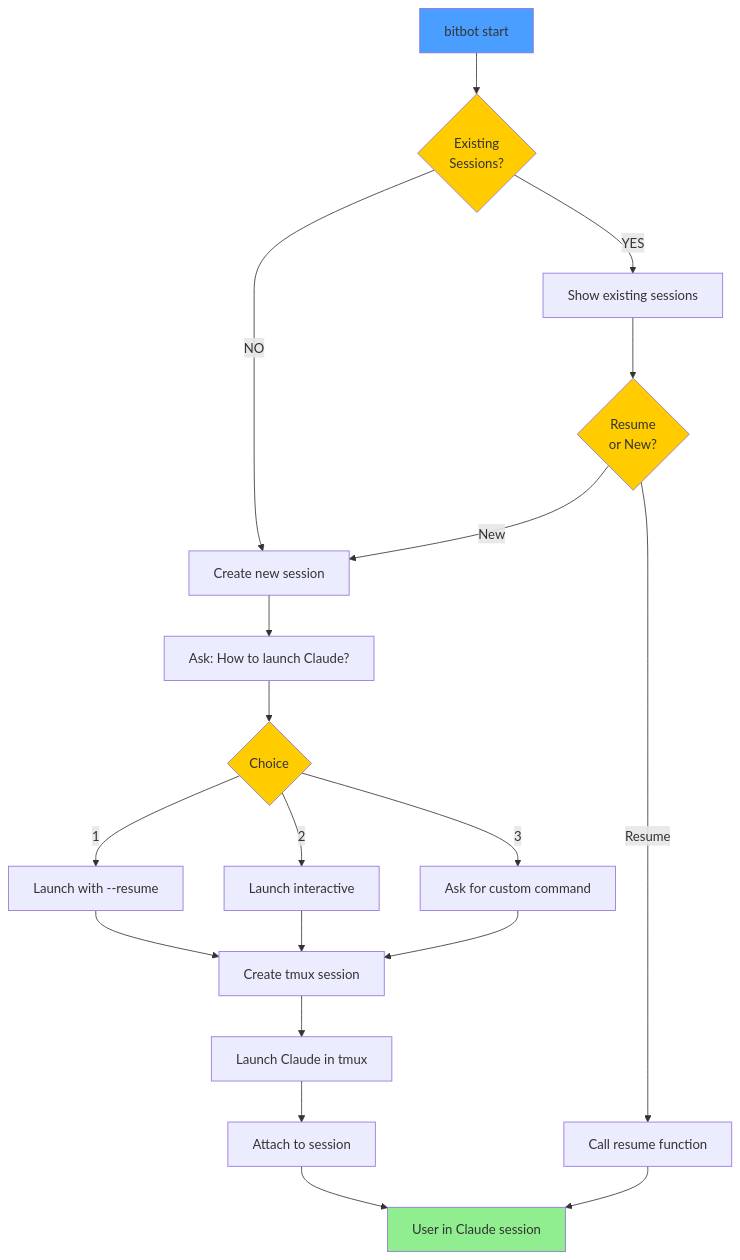
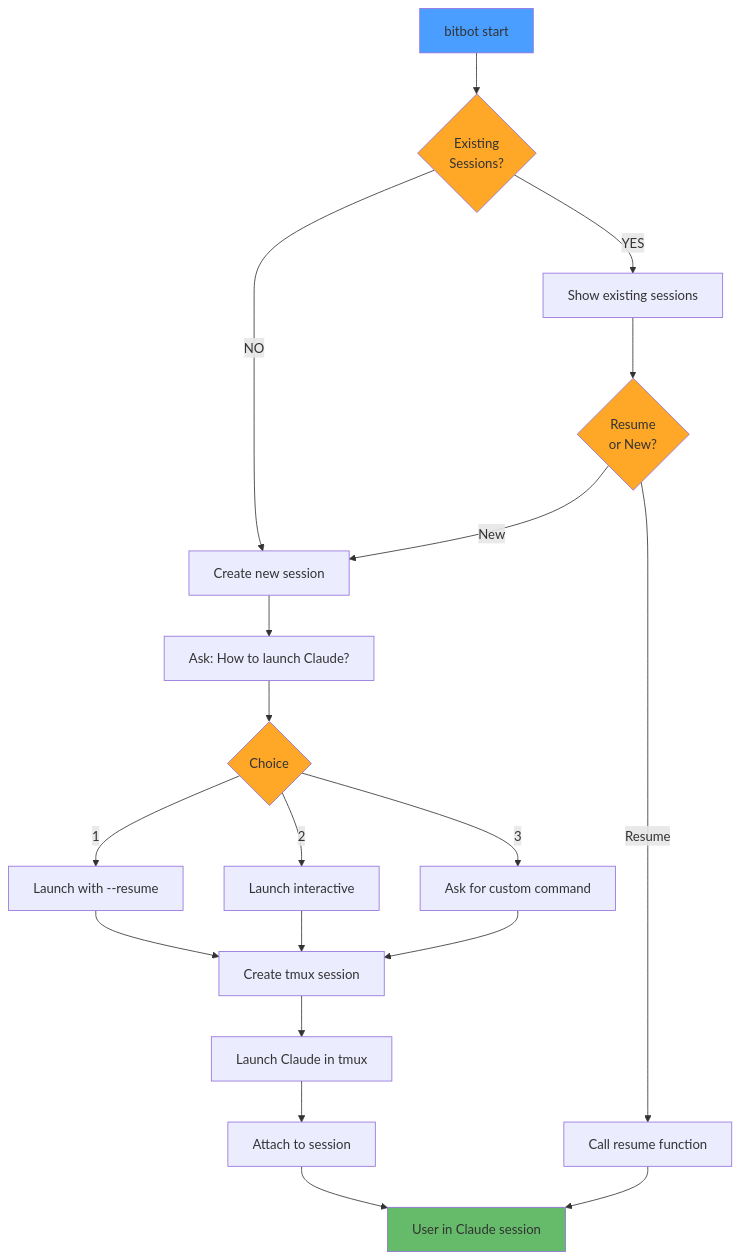
One commit to ManuelKugelmann/BitBot changed the second of 5 diagrams in sparc/2-pseudocode/FLOW_INNER_BITBOT.md. Above: the diagram before and after it, drawn with Mermaid. The commit also changed other lines of this file, not shown here.

First line of the commit message:
Update colors in FLOW_INNER_BITBOT pseudocode diagrams

````diff
--- a/sparc/2-pseudocode/FLOW_INNER_BITBOT.md
+++ b/sparc/2-pseudocode/FLOW_INNER_BITBOT.md
@@ -57,35 +57,35 @@
 ```mermaid
 flowchart TD
     Cmd[bitbot start] --> Check{Existing<br/>Sessions?}
 
     Check -->|YES| ShowEx[Show existing sessions]
     Check -->|NO| NewSess[Create new session]
 
     ShowEx --> Choice{Resume<br/>or New?}
     Choice -->|Resume| Resume[Call resume function]
     Choice -->|New| NewSess
 
     NewSess --> ModeQ[Ask: How to launch Claude?]
     ModeQ --> Mode{Choice}
 
     Mode -->|1| Resume1[Launch with --resume]
     Mode -->|2| Inter[Launch interactive]
     Mode -->|3| Custom[Ask for custom command]
 
     Resume1 --> Create
     Inter --> Create
     Custom --> Create
 
     Create[Create tmux session]
     Create --> Launch[Launch Claude in tmux]
     Launch --> Attach[Attach to session]
     Attach --> Done[User in Claude session]
 
     Resume --> Done
 
     style Cmd fill:#4a9eff
-    style Check fill:#ffcc00
-    style Choice fill:#ffcc00
-    style Mode fill:#ffcc00
-    style Done fill:#90ee90
+    style Check fill:#ffa726,color:#333
+    style Choice fill:#ffa726,color:#333
+    style Mode fill:#ffa726,color:#333
+    style Done fill:#66bb6a,color:#333
 ```
````
